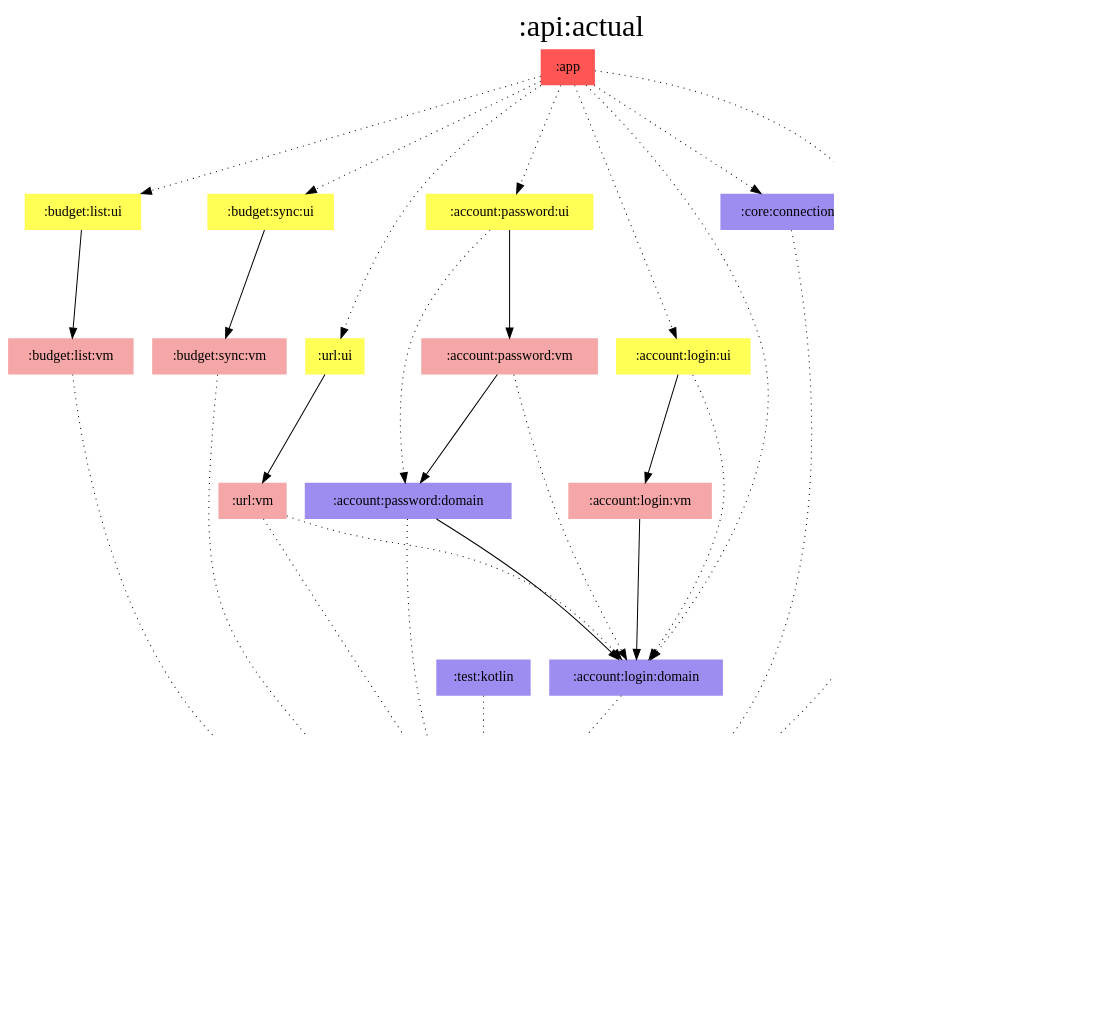
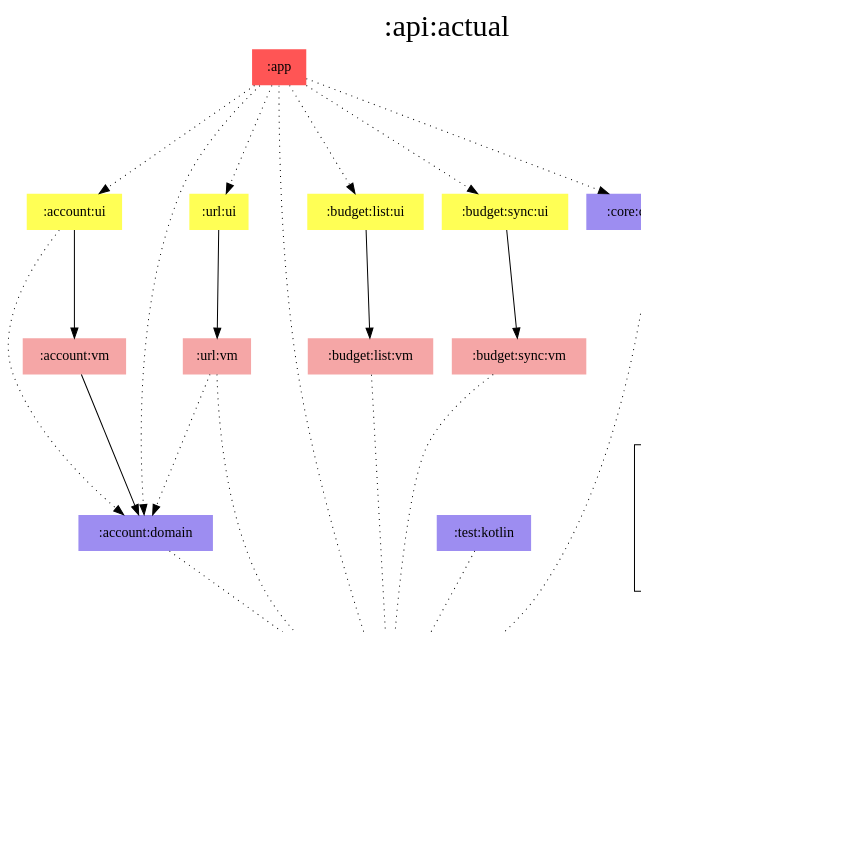
One commit to jonapoul/aktual changed the diagram in modules/api/actual/modules.dot. Above: the diagram before and after it, drawn with Graphviz. The commit also changed 127 other files, not shown here.

Commit message:
Merge account:login and account:password

```diff
--- a/modules/api/actual/modules.dot
+++ b/modules/api/actual/modules.dot
@@ -1,73 +1,63 @@
 digraph {
 edge ["dir"="forward"]
 graph ["dpi"="100","label"=":api:actual","labelloc"="t","fontsize"="30","ranksep"="1.5","rankdir"="TB"]
 node ["style"="filled"]
-":account:login:domain" ["fillcolor"="#9D8DF1","shape"="none"]
-":account:login:ui" ["fillcolor"="#FFFF55","shape"="none"]
-":account:login:vm" ["fillcolor"="#F5A6A6","shape"="none"]
+":account:domain" ["fillcolor"="#9D8DF1","shape"="none"]
 ":account:model" ["fillcolor"="#9D8DF1","shape"="none"]
-":account:password:domain" ["fillcolor"="#9D8DF1","shape"="none"]
-":account:password:ui" ["fillcolor"="#FFFF55","shape"="none"]
-":account:password:vm" ["fillcolor"="#F5A6A6","shape"="none"]
+":account:ui" ["fillcolor"="#FFFF55","shape"="none"]
+":account:vm" ["fillcolor"="#F5A6A6","shape"="none"]
 ":api:actual" ["fillcolor"="#9D8DF1","color"="black","penwidth"="3","shape"="box"]
 ":app" ["fillcolor"="#FF5555","shape"="none"]
 ":budget:list:ui" ["fillcolor"="#FFFF55","shape"="none"]
 ":budget:list:vm" ["fillcolor"="#F5A6A6","shape"="none"]
 ":budget:model" ["fillcolor"="#9D8DF1","shape"="none"]
 ":budget:sync:ui" ["fillcolor"="#FFFF55","shape"="none"]
 ":budget:sync:vm" ["fillcolor"="#F5A6A6","shape"="none"]
 ":codegen:annotation" ["fillcolor"="#9D8DF1","shape"="none"]
 ":core:connection" ["fillcolor"="#9D8DF1","shape"="none"]
 ":core:model" ["fillcolor"="#9D8DF1","shape"="none"]
 ":test:kotlin" ["fillcolor"="#9D8DF1","shape"="none"]
 ":url:ui" ["fillcolor"="#FFFF55","shape"="none"]
 ":url:vm" ["fillcolor"="#F5A6A6","shape"="none"]
 {
 edge ["dir"="none"]
 graph ["rank"="same"]
 ":api:actual"
 }
-":account:login:domain" -> ":api:actual" ["style"="dotted"]
-":account:login:ui" -> ":account:login:domain" ["style"="dotted"]
-":account:login:ui" -> ":account:login:vm"
-":account:login:vm" -> ":account:login:domain"
-":account:password:domain" -> ":account:login:domain"
-":account:password:domain" -> ":api:actual" ["style"="dotted"]
-":account:password:ui" -> ":account:password:domain" ["style"="dotted"]
-":account:password:ui" -> ":account:password:vm"
-":account:password:vm" -> ":account:login:domain" ["style"="dotted"]
-":account:password:vm" -> ":account:password:domain"
+":account:domain" -> ":api:actual" ["style"="dotted"]
+":account:ui" -> ":account:domain" ["style"="dotted"]
+":account:ui" -> ":account:vm"
+":account:vm" -> ":account:domain"
 ":api:actual" -> ":account:model"
 ":api:actual" -> ":budget:model"
 ":api:actual" -> ":codegen:annotation" ["style"="dotted"]
 ":api:actual" -> ":core:model"
-":app" -> ":account:login:domain" ["style"="dotted"]
-":app" -> ":account:login:ui" ["style"="dotted"]
-":app" -> ":account:password:ui" ["style"="dotted"]
+":app" -> ":account:domain" ["style"="dotted"]
+":app" -> ":account:ui" ["style"="dotted"]
 ":app" -> ":api:actual" ["style"="dotted"]
 ":app" -> ":budget:list:ui" ["style"="dotted"]
 ":app" -> ":budget:sync:ui" ["style"="dotted"]
 ":app" -> ":core:connection" ["style"="dotted"]
 ":app" -> ":url:ui" ["style"="dotted"]
 ":budget:list:ui" -> ":budget:list:vm"
 ":budget:list:vm" -> ":api:actual" ["style"="dotted"]
 ":budget:sync:ui" -> ":budget:sync:vm"
 ":budget:sync:vm" -> ":api:actual" ["style"="dotted"]
 ":core:connection" -> ":api:actual" ["style"="dotted"]
 ":test:kotlin" -> ":api:actual" ["style"="dotted"]
 ":url:ui" -> ":url:vm"
-":url:vm" -> ":account:login:domain" ["style"="dotted"]
+":url:vm" -> ":account:domain" ["style"="dotted"]
 ":url:vm" -> ":api:actual" ["style"="dotted"]
 subgraph "cluster_legend" {
 edge ["dir"="none"]
 graph ["label"="Legend","fontsize"="20"]
 "Legend" ["style"="filled","fillcolor"="#FFFFFF","shape"="none","margin"="0","fontsize"="15","label"=<
 <TABLE BORDER="0" CELLBORDER="0" CELLSPACING="0" CELLPADDING="4">
 <TR><TD>App</TD><TD BGCOLOR="#FF5555">module-name</TD></TR>
 <TR><TD>ViewModel</TD><TD BGCOLOR="#F5A6A6">module-name</TD></TR>
 <TR><TD>Compose</TD><TD BGCOLOR="#FFFF55">module-name</TD></TR>
 <TR><TD>Multiplatform</TD><TD BGCOLOR="#9D8DF1">module-name</TD></TR>
 </TABLE>
 >]
 } -> ":api:actual" ["style"="invis"]
 }
```
